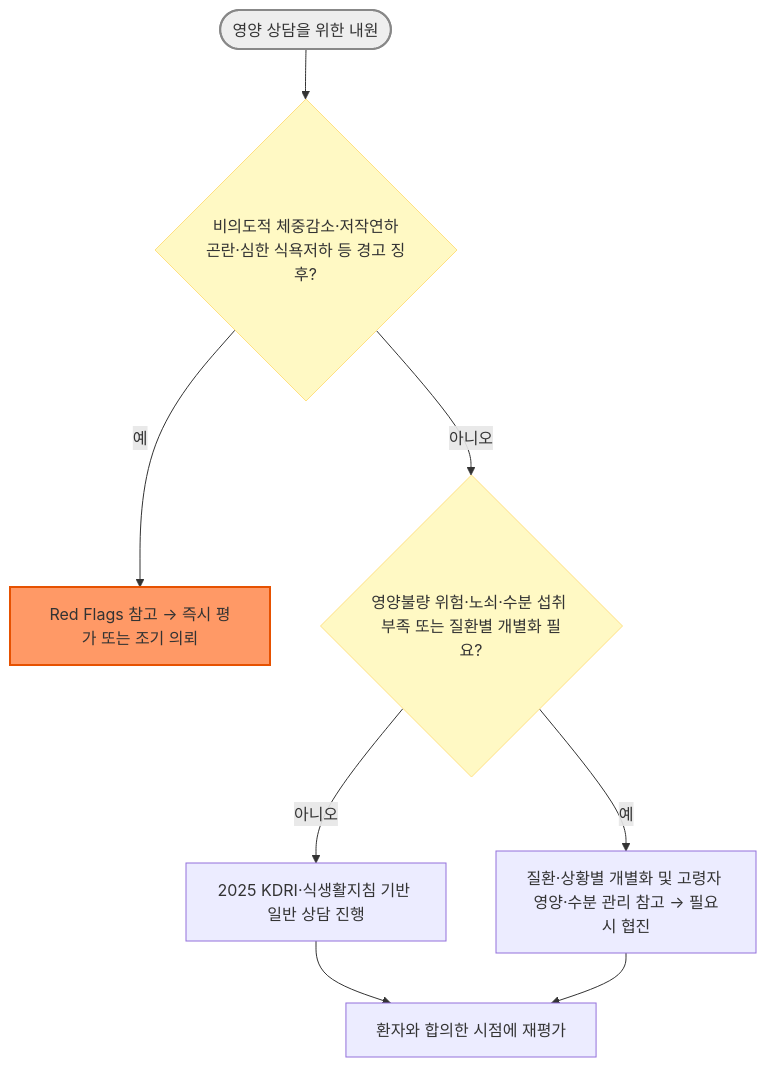
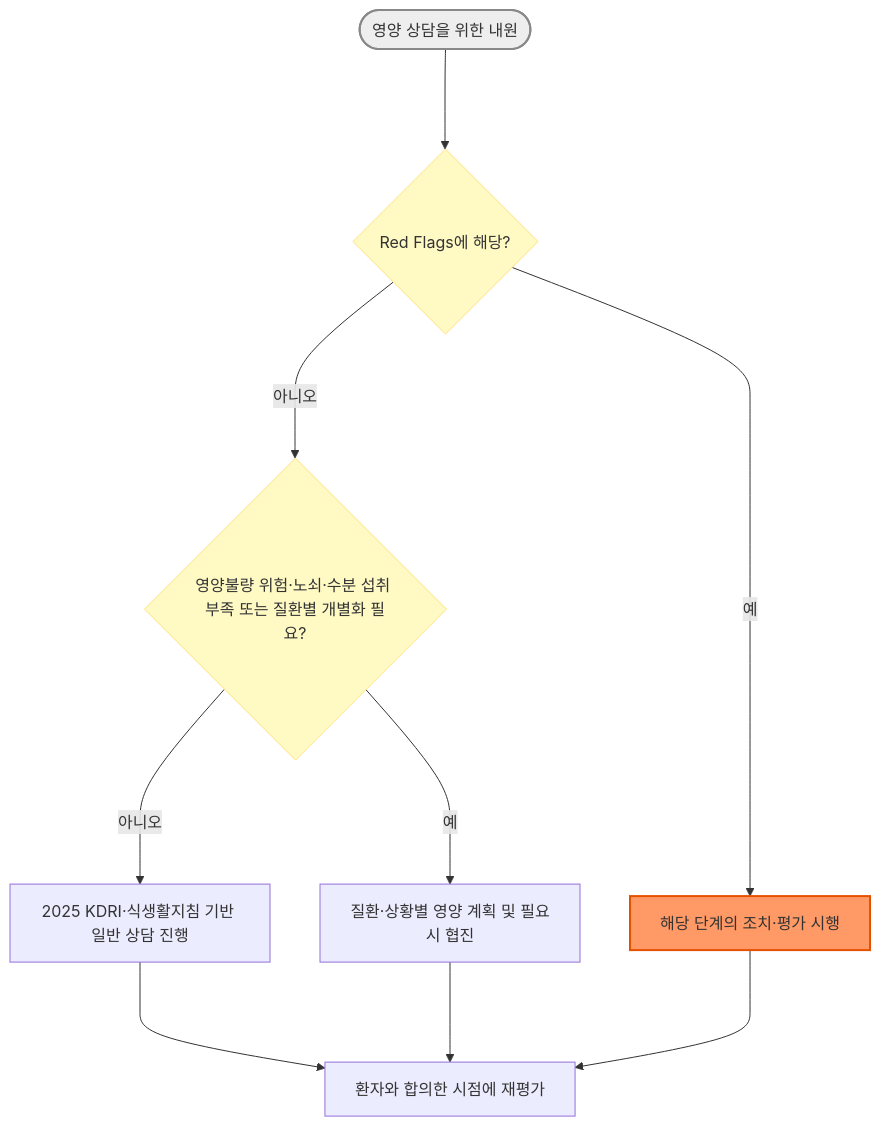
One commit to familyoh77/familyoh77 changed the diagram in 231_/217_-nutritiondiet-guideline.md. Above: the diagram before and after it, drawn with Mermaid. The commit also changed other lines of this file and 6 other files, not shown here.

````diff
--- a/231_/217_-nutritiondiet-guideline.md
+++ b/231_/217_-nutritiondiet-guideline.md
@@ -319,14 +45,15 @@
 ```mermaid
 graph TD
-    Start([영양 상담을 위한 내원]) --> Screen{"비의도적 체중감소·저작연하곤란·심한 식욕저하 등 경고 징후?"}
-    Screen -->|예| Refer["Red Flags 참고 → 즉시 평가 또는 조기 의뢰"]
-    Screen -->|아니오| Chronic{"영양불량 위험·노쇠·수분 섭취 부족 또는 질환별 개별화 필요?"}
-    Chronic -->|예| Individualize["질환·상황별 개별화 및 고령자 영양·수분 관리 참고 → 필요시 협진"]
-    Chronic -->|아니오| General["2025 KDRI·식생활지침 기반 일반 상담 진행"]
-    General --> FollowUp["환자와 합의한 시점에 재평가"]
-    Individualize --> FollowUp
+    Start([영양 상담을 위한 내원]) ---> Screen{"Red Flags에 해당?"}
+    Screen --->|예| Refer["해당 단계의 조치·평가 시행"]
+    Screen --->|아니오| Chronic{"영양불량 위험·노쇠·수분 섭취 부족 또는 질환별 개별화 필요?"}
+    Chronic --->|예| Individualize["질환·상황별 영양 계획 및 필요시 협진"]
+    Chronic --->|아니오| General["2025 KDRI·식생활지침 기반 일반 상담 진행"]
+    General ---> FollowUp["환자와 합의한 시점에 재평가"]
+    Individualize ---> FollowUp
+    Refer ---> FollowUp
     style Start fill:#eeeeee,stroke:#888888,stroke-width:2px
     style Screen fill:#fff9c4,stroke:#ffe082
     style Chronic fill:#fff9c4,stroke:#ffe082
     style Refer fill:#f96,stroke:#e65100,stroke-width:2px
 ```
````
